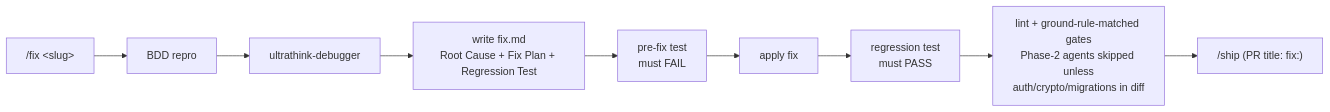
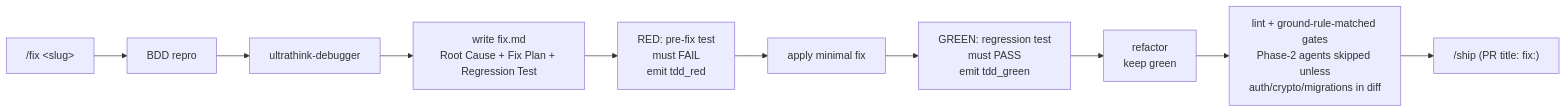
Before and after one commit to AlarQ/SDD-hub: the second of 14 diagrams in docs/workflow-diagram.md, drawn with Mermaid. The commit also changed other lines of this file and 4 other files, not shown here.

````diff
--- a/docs/workflow-diagram.md
+++ b/docs/workflow-diagram.md
@@ -116,11 +116,12 @@
 ```mermaid
 graph LR
     FIX["/fix &lt;slug&gt;"] --> REPRO[BDD repro]
     REPRO --> UD[ultrathink-debugger]
     UD --> FIXMD[write fix.md<br/>Root Cause + Fix Plan + Regression Test]
-    FIXMD --> PRE[pre-fix test<br/>must FAIL]
-    PRE --> APPLY[apply fix]
-    APPLY --> POST[regression test<br/>must PASS]
-    POST --> GATES[lint + ground-rule-matched gates<br/>Phase-2 agents skipped unless<br/>auth/crypto/migrations in diff]
+    FIXMD --> RED[RED: pre-fix test<br/>must FAIL<br/>emit tdd_red]
+    RED --> APPLY[apply minimal fix]
+    APPLY --> GREEN[GREEN: regression test<br/>must PASS<br/>emit tdd_green]
+    GREEN --> REFACTOR[refactor<br/>keep green]
+    REFACTOR --> GATES[lint + ground-rule-matched gates<br/>Phase-2 agents skipped unless<br/>auth/crypto/migrations in diff]
     GATES --> SH["/ship (PR title: fix:)"]
 ```
````
